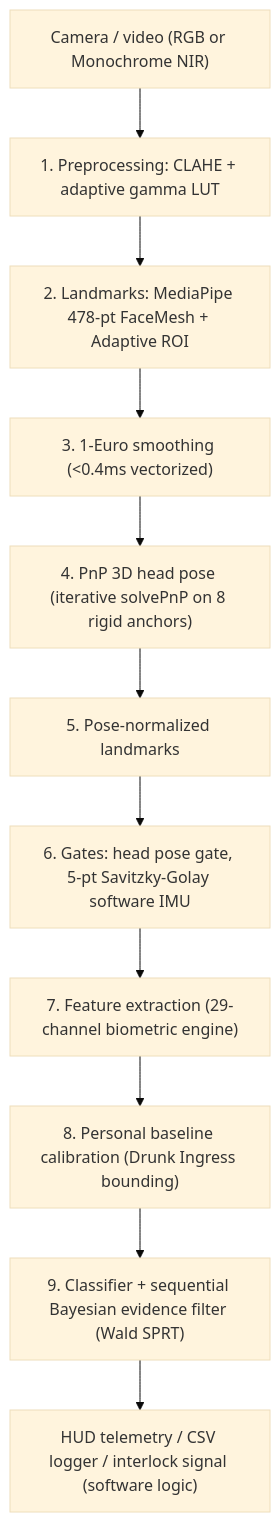
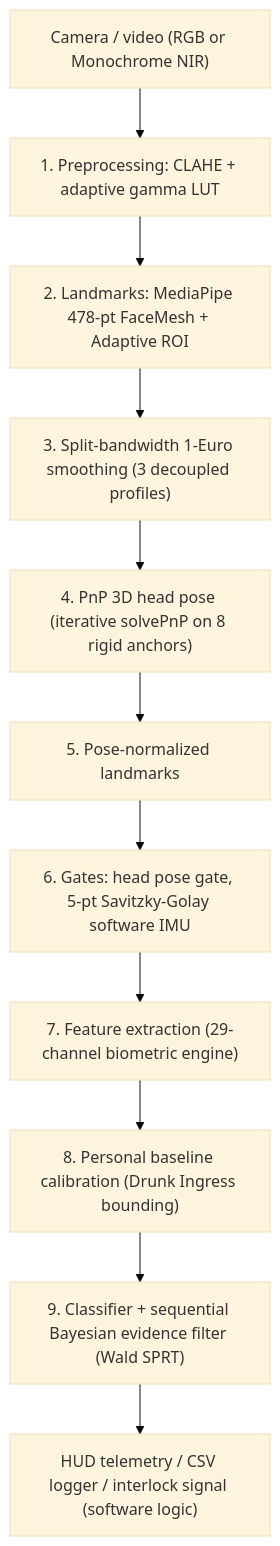
One commit to Thanos3541R/The_Overclocked changed the diagram in README.md. Above: the diagram before and after it, drawn with Mermaid (base theme). The commit also changed other lines of this file, not shown here.

````diff
--- a/README.md
+++ b/README.md
@@ -39,13 +39,13 @@
 ```mermaid
 flowchart TD
     A["Camera / video (RGB or Monochrome NIR)"] --> B["1. Preprocessing: CLAHE + adaptive gamma LUT"]
     B --> C["2. Landmarks: MediaPipe 478-pt FaceMesh + Adaptive ROI"]
-    C --> D["3. 1-Euro smoothing (<0.4ms vectorized)"]
+    C --> D["3. Split-bandwidth 1-Euro smoothing (3 decoupled profiles)"]
     D --> E["4. PnP 3D head pose (iterative solvePnP on 8 rigid anchors)"]
     E --> F["5. Pose-normalized landmarks"]
     F --> G["6. Gates: head pose gate, 5-pt Savitzky-Golay software IMU"]
     G --> H["7. Feature extraction (29-channel biometric engine)"]
     H --> I["8. Personal baseline calibration (Drunk Ingress bounding)"]
     I --> J["9. Classifier + sequential Bayesian evidence filter (Wald SPRT)"]
     J --> K["HUD telemetry / CSV logger / interlock signal (software logic)"]
 ```
````
